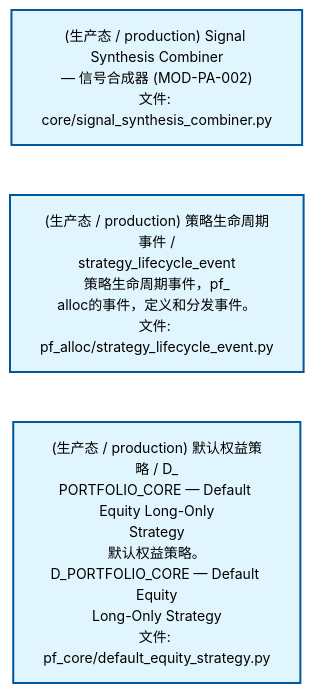
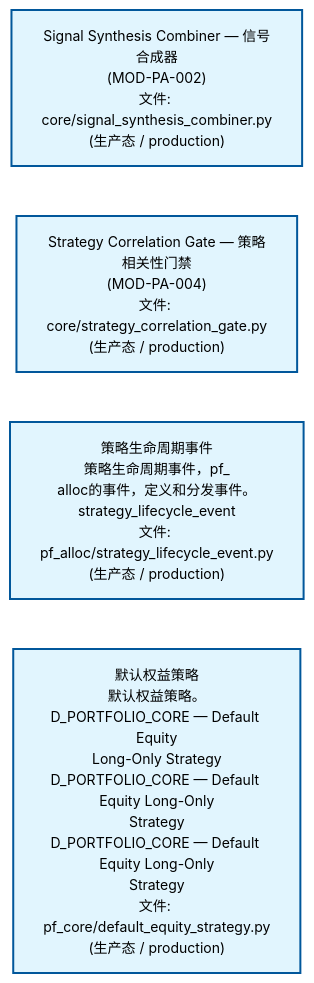
Before and after one commit to xuanFelixVan/ZephyrAlpha: the second of 4 diagrams in docs/02_enterprise_architecture/02_domain_architecture_docs/62_d_pf_alloc.md, drawn with Mermaid. The commit also changed other lines of this file and 62 other files, not shown here.

````diff
--- a/docs/02_enterprise_architecture/02_domain_architecture_docs/62_d_pf_alloc.md
+++ b/docs/02_enterprise_architecture/02_domain_architecture_docs/62_d_pf_alloc.md
@@ -93,14 +96,16 @@
 ```mermaid
 %%{init: {'theme': 'base', 'themeVariables': {'primaryColor': '#eaeaea', 'primaryTextColor': '#333333', 'primaryBorderColor': '#666666', 'lineColor': '#666666', 'secondaryColor': '#eaeaea', 'tertiaryColor': '#eaeaea', 'fontSize': '14px'}}}%%
 flowchart TD
-    src_zephyr_pf_alloc_core_signal_synthesis_combiner_py["(生产态 / production) Signal Synthesis Combiner<br/>— 信号合成器 (MOD-PA-002)<br/>文件: core/signal_synthesis_combiner.py"]
-    src_zephyr_pf_alloc_strategy_lifecycle_event_py["(生产态 / production) 策略生命周期事件 /<br/>strategy_lifecycle_event<br/>策略生命周期事件，pf_<br/>alloc的事件，定义和分发事件。<br/>文件: pf_alloc/strategy_lifecycle_event.py"]
-    src_zephyr_pf_core_default_equity_strategy_py["(生产态 / production) 默认权益策略 / D_<br/>PORTFOLIO_CORE — Default Equity Long-Only<br/>Strategy<br/>默认权益策略。D_PORTFOLIO_CORE — Default Equity<br/>Long-Only Strategy<br/>文件: pf_core/default_equity_strategy.py"]
-    src_zephyr_pf_alloc_core_signal_synthesis_combiner_py ~~~ src_zephyr_pf_alloc_strategy_lifecycle_event_py
+    src_zephyr_pf_alloc_core_signal_synthesis_combiner_py["Signal Synthesis Combiner — 信号合成器<br/>(MOD-PA-002)<br/>文件: core/signal_synthesis_combiner.py<br/>(生产态 / production)"]
+    src_zephyr_pf_alloc_core_strategy_correlation_gate_py["Strategy Correlation Gate — 策略相关性门禁<br/>(MOD-PA-004)<br/>文件: core/strategy_correlation_gate.py<br/>(生产态 / production)"]
+    src_zephyr_pf_alloc_strategy_lifecycle_event_py["策略生命周期事件<br/>策略生命周期事件，pf_<br/>alloc的事件，定义和分发事件。<br/>strategy_lifecycle_event<br/>文件: pf_alloc/strategy_lifecycle_event.py<br/>(生产态 / production)"]
+    src_zephyr_pf_core_default_equity_strategy_py["默认权益策略<br/>默认权益策略。D_PORTFOLIO_CORE — Default Equity<br/>Long-Only Strategy<br/>D_PORTFOLIO_CORE — Default Equity Long-Only<br/>Strategy<br/>D_PORTFOLIO_CORE — Default Equity Long-Only<br/>Strategy<br/>文件: pf_core/default_equity_strategy.py<br/>(生产态 / production)"]
+    src_zephyr_pf_alloc_core_signal_synthesis_combiner_py ~~~ src_zephyr_pf_alloc_core_strategy_correlation_gate_py
+    src_zephyr_pf_alloc_core_strategy_correlation_gate_py ~~~ src_zephyr_pf_alloc_strategy_lifecycle_event_py
     src_zephyr_pf_alloc_strategy_lifecycle_event_py ~~~ src_zephyr_pf_core_default_equity_strategy_py
     classDef production fill:#e1f5fe,stroke:#01579b,stroke-width:2px,color:#000
     classDef design fill:#fff3e0,stroke:#e65100,stroke-width:2px,color:#000,stroke-dasharray: 5 5
     classDef external_prod fill:#e8f4fd,stroke:#0277bd,stroke-width:1px,color:#000
     classDef external_design fill:#fff8e7,stroke:#ef6c00,stroke-width:1px,color:#000,stroke-dasharray: 5 5
-    class src_zephyr_pf_alloc_core_signal_synthesis_combiner_py,src_zephyr_pf_alloc_strategy_lifecycle_event_py,src_zephyr_pf_core_default_equity_strategy_py production
+    class src_zephyr_pf_alloc_core_signal_synthesis_combiner_py,src_zephyr_pf_alloc_core_strategy_correlation_gate_py,src_zephyr_pf_alloc_strategy_lifecycle_event_py,src_zephyr_pf_core_default_equity_strategy_py production
 ```
````
